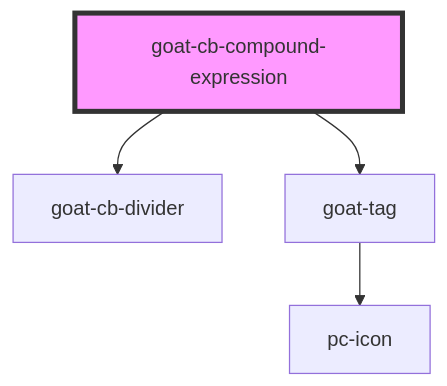
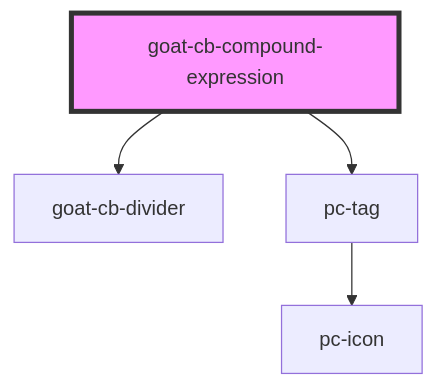
The diagram in src/components/application/condition-builder/cb-compound-expression/readme.md (redvars/peacock), drawn with Mermaid before and after one commit. The commit also changed other lines of this file and 127 other files, not shown here.

````diff
--- a/src/components/application/condition-builder/cb-compound-expression/readme.md
+++ b/src/components/application/condition-builder/cb-compound-expression/readme.md
@@ -25,7 +25,7 @@
 ```mermaid
 graph TD;
   goat-cb-compound-expression --> goat-cb-divider
-  goat-cb-compound-expression --> goat-tag
-  goat-tag --> pc-icon
+  goat-cb-compound-expression --> pc-tag
+  pc-tag --> pc-icon
   style goat-cb-compound-expression fill:#f9f,stroke:#333,stroke-width:4px
 ```
````
